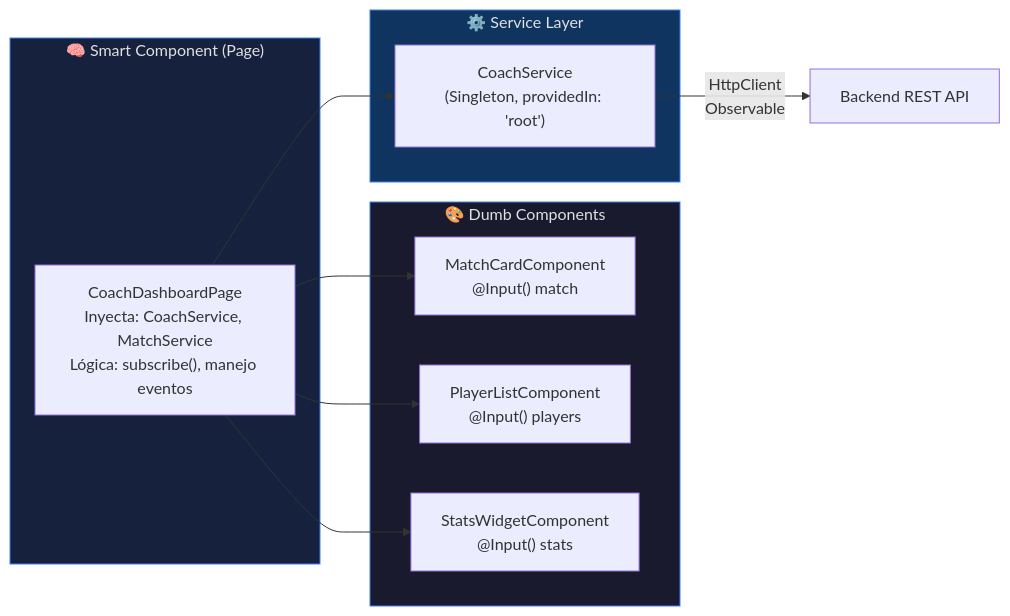
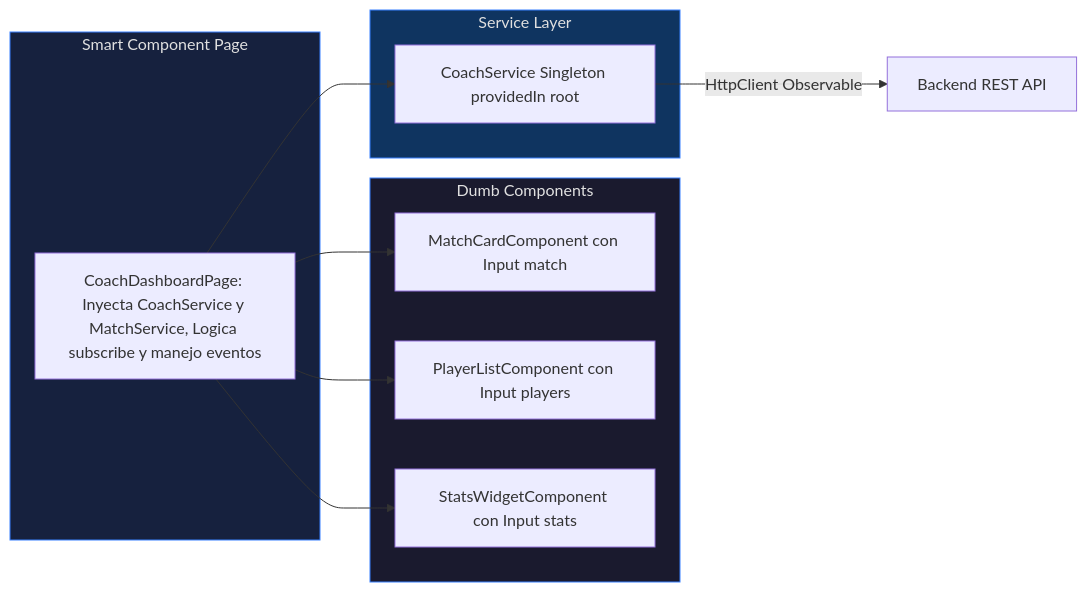
One commit to Sestmar/TFG-SergioEstudillo changed the second of 3 diagrams in docs/frontend/FRONTEND.md. Above: the diagram before and after it, drawn with Mermaid. The commit also changed other lines of this file and 8 other files, not shown here.

````diff
--- a/docs/frontend/FRONTEND.md
+++ b/docs/frontend/FRONTEND.md
@@ -244,24 +257,24 @@
 ```mermaid
 graph LR
-    subgraph Smart["🧠 Smart Component (Page)"]
-        SC["CoachDashboardPage<br/>Inyecta: CoachService, MatchService<br/>Lógica: subscribe(), manejo eventos"]
+    subgraph Smart["Smart Component Page"]
+        SC["CoachDashboardPage: Inyecta CoachService y MatchService, Logica subscribe y manejo eventos"]
     end
 
-    subgraph Dumb["🎨 Dumb Components"]
-        DC1["MatchCardComponent<br/>@Input() match"]
-        DC2["PlayerListComponent<br/>@Input() players"]
-        DC3["StatsWidgetComponent<br/>@Input() stats"]
+    subgraph Dumb["Dumb Components"]
+        DC1["MatchCardComponent con Input match"]
+        DC2["PlayerListComponent con Input players"]
+        DC3["StatsWidgetComponent con Input stats"]
     end
 
-    subgraph Service["⚙️ Service Layer"]
-        SV["CoachService<br/>(Singleton, providedIn: 'root')"]
+    subgraph Service["Service Layer"]
+        SV["CoachService Singleton providedIn root"]
     end
 
     SC --> DC1 & DC2 & DC3
     SC --> SV
-    SV -- "HttpClient<br/>Observable" --> API["Backend REST API"]
+    SV -- "HttpClient Observable" --> API["Backend REST API"]
 
     style Smart fill:#16213e,stroke:#3880ff,color:#e0e0e0
     style Dumb fill:#1a1a2e,stroke:#3880ff,color:#e0e0e0
     style Service fill:#0f3460,stroke:#3880ff,color:#e0e0e0
 ```
````
